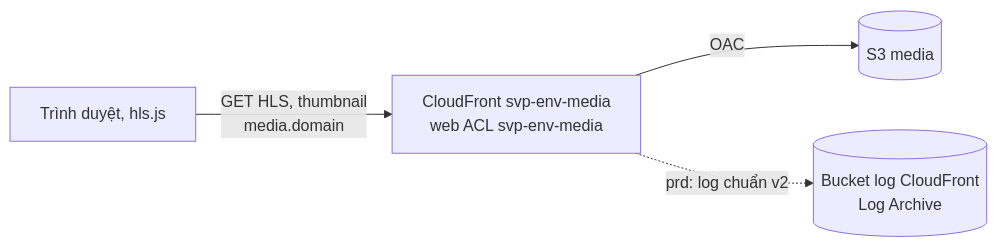
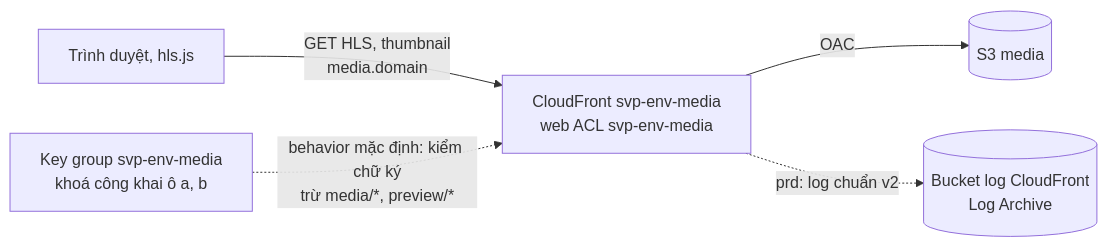
One commit to anhnvcoder/svp-backend changed the third of 4 diagrams in docs/explanation/edge.md. Above: the diagram before and after it, drawn with Mermaid. The commit also changed other lines of this file and 101 other files, not shown here.

````diff
--- a/docs/explanation/edge.md
+++ b/docs/explanation/edge.md
@@ -143,6 +143,7 @@
 ```mermaid
 flowchart LR
     b["Trình duyệt, hls.js"] -->|"GET HLS, thumbnail<br/>media.domain"| cf["CloudFront svp-env-media<br/>web ACL svp-env-media"]
     cf -->|"OAC"| s3[("S3 media")]
+    kg["Key group svp-env-media<br/>khoá công khai ô a, b"] -.->|"behavior mặc định: kiểm chữ ký<br/>trừ media/*, preview/*"| cf
     cf -.->|"prd: log chuẩn v2"| log[("Bucket log CloudFront<br/>Log Archive")]
 ```
````
